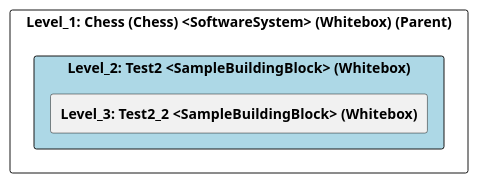
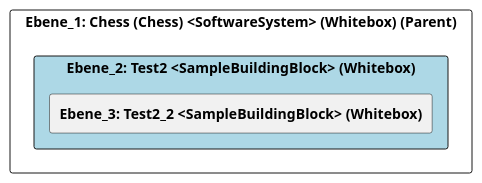
One commit to marcozwyssig/cleon changed the diagram in src/cleon.architecturemethods.arc42.sample/doc/cleon_architecturemethods_arc42_sample_arc42/adoc/de/05_bausteinsicht/chess/test2/ebene_2_test2.adoc. Above: the diagram before and after it, drawn with PlantUML. The commit also changed other lines of this file and 150 other files, not shown here.

```diff
--- a/src/cleon.architecturemethods.arc42.sample/doc/cleon_architecturemethods_arc42_sample_arc42/adoc/de/05_bausteinsicht/chess/test2/ebene_2_test2.adoc
+++ b/src/cleon.architecturemethods.arc42.sample/doc/cleon_architecturemethods_arc42_sample_arc42/adoc/de/05_bausteinsicht/chess/test2/ebene_2_test2.adoc
@@ -21,26 +21,24 @@
-[plantuml, Level_2: Test2 <SampleBuildingBlock> (Whitebox)BlockOverview, format="svg"]
+[plantuml, Ebene_2: Test2 <SampleBuildingBlock> (Whitebox)BlockOverview, format="svg"]
 ----
-@startuml Level_2: Test2 <SampleBuildingBlock> (Whitebox)BuildingBlockOverview
+@startuml Ebene_2: Test2 <SampleBuildingBlock> (Whitebox)BuildingBlockOverview
 
 skinparam ranksep 10
 skinparam componentStyle rectangle
 skinparam shadowing false
 skinparam arrowColor lightblue
 skinparam arrowThickness 1.2
 skinparam rectangle {
   BackgroundColor White
   BorderColor #333
   RoundCorner 10
 }
 top to bottom direction
 
-component "Level_1: Chess (Chess) <SoftwareSystem> (Whitebox) (Parent)" {
-    component "Level_2: Test2 <SampleBuildingBlock> (Whitebox)" #lightblue {
-        [**Level_3: Test2_2 <SampleBuildingBlock> (Whitebox)**] as 489CD283_D579_11EE_903E_9F564E4DE07E
+component "Ebene_1: Chess (Chess) <SoftwareSystem> (Whitebox) (Parent)" {
+    component "Ebene_2: Test2 <SampleBuildingBlock> (Whitebox)" #lightblue {
+        [**Ebene_3: Test2_2 <SampleBuildingBlock> (Whitebox)**] as 489CD283_D579_11EE_903E_9F564E4DE07E
     }
-
-    
 }
 
 @enduml
 ----
```
